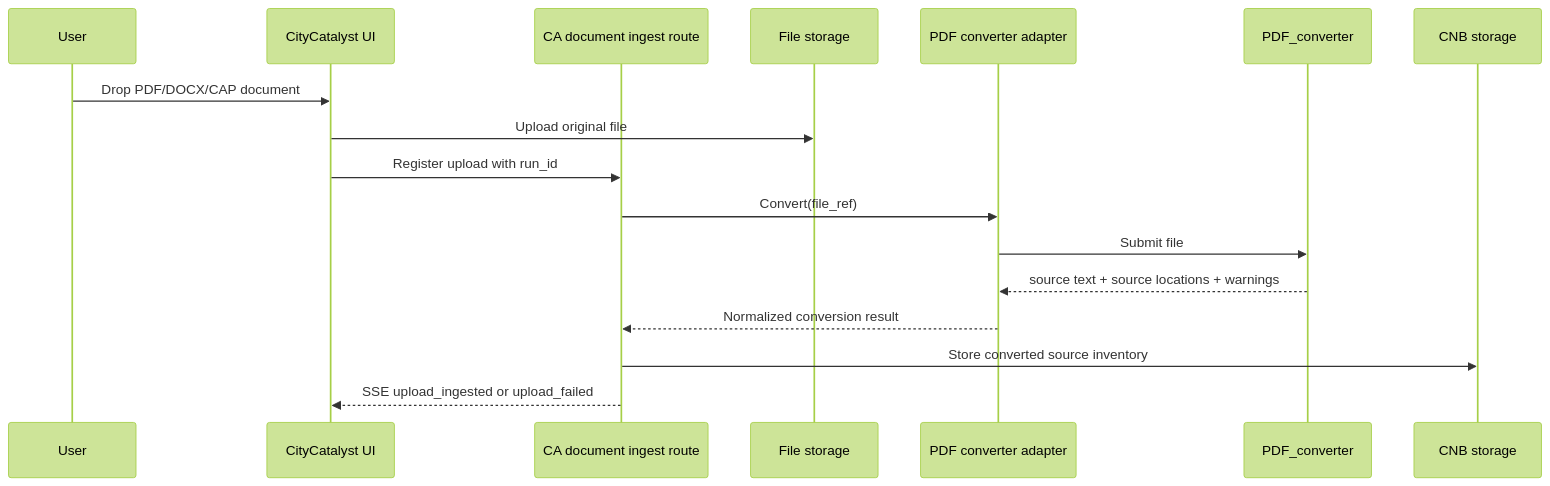
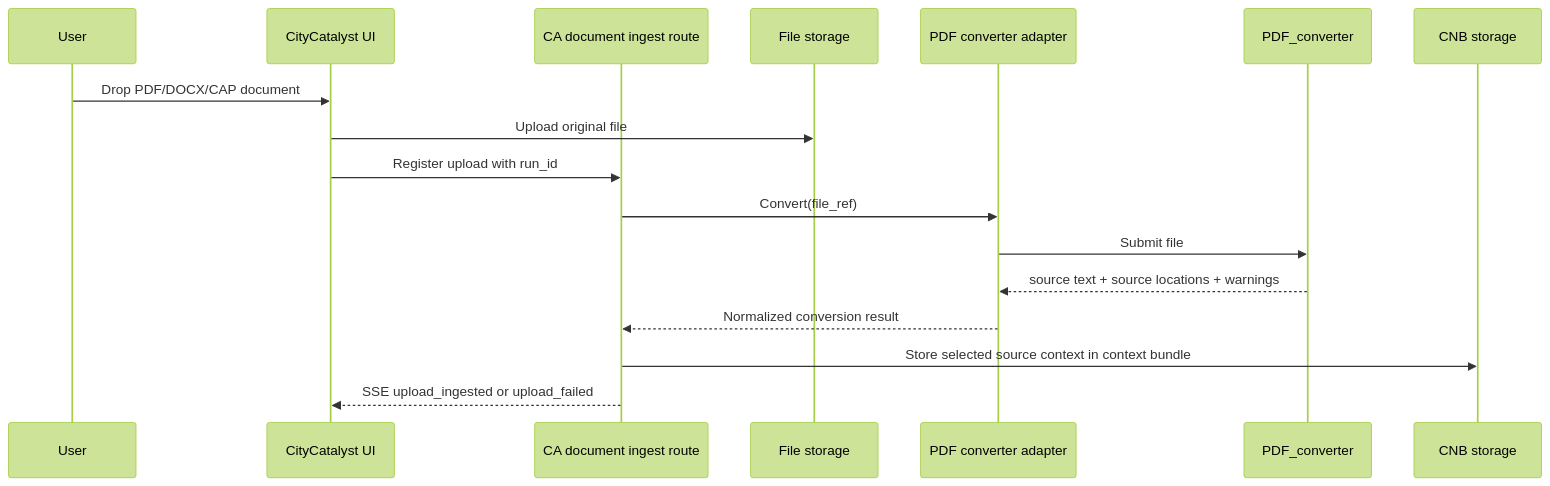
Before and after one commit to Open-Earth-Foundation/CityCatalyst: the ninth of 14 diagrams in docs/ConceptNoteBuilderArchitecture.md, drawn with Mermaid (forest theme). The commit also changed other lines of this file, not shown here.

Commit message:
docs: store context bundle instead of source chunks

````diff
--- a/docs/ConceptNoteBuilderArchitecture.md
+++ b/docs/ConceptNoteBuilderArchitecture.md
@@ -664,20 +656,20 @@
 ```mermaid
 sequenceDiagram
     participant User
     participant UI as CityCatalyst UI
     participant CA as CA document ingest route
     participant Store as File storage
     participant Adapter as PDF converter adapter
     participant Converter as PDF_converter
     participant DB as CNB storage
 
     User->>UI: Drop PDF/DOCX/CAP document
     UI->>Store: Upload original file
     UI->>CA: Register upload with run_id
     CA->>Adapter: Convert(file_ref)
     Adapter->>Converter: Submit file
     Converter-->>Adapter: source text + source locations + warnings
     Adapter-->>CA: Normalized conversion result
-    CA->>DB: Store converted source inventory
+    CA->>DB: Store selected source context in context bundle
     CA-->>UI: SSE upload_ingested or upload_failed
 ```
````
